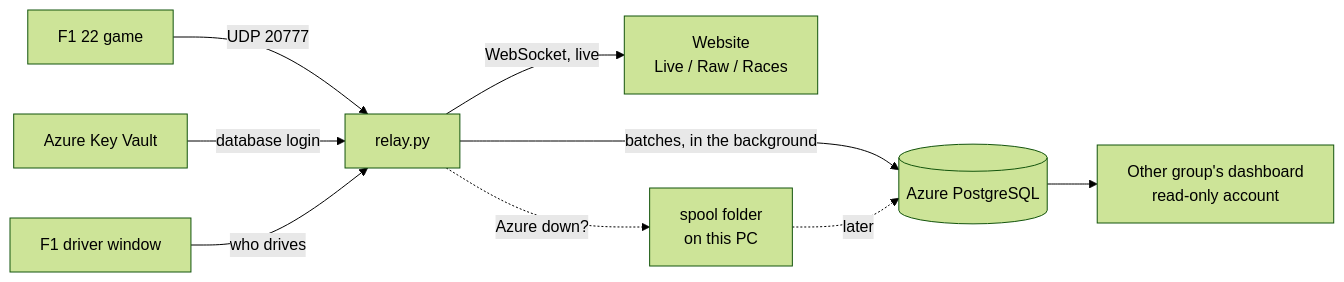
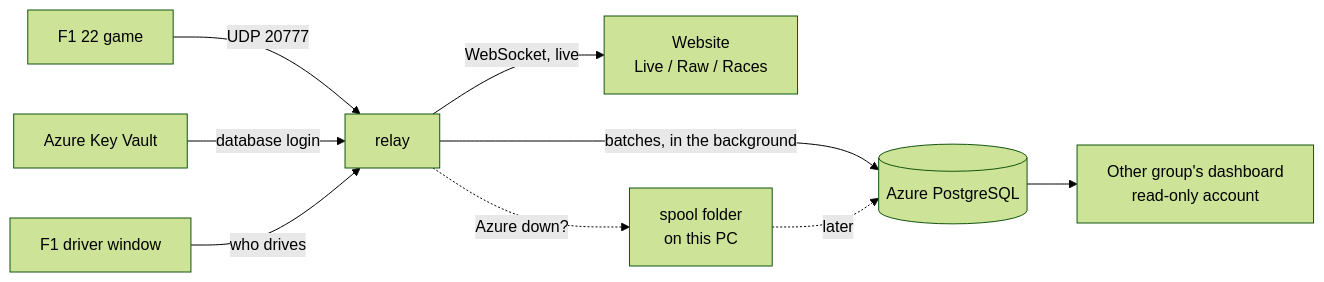
The diagram in README.md (PepijnIriks/f1-telemetry-relay), drawn with Mermaid (forest theme) before and after one commit. The commit also changed other lines of this file and 1 other file, not shown here.

````diff
--- a/README.md
+++ b/README.md
@@ -38,10 +42,10 @@
 ```mermaid
 flowchart LR
-    G[F1 22 game] -- UDP 20777 --> R[relay.py]
+    G[F1 22 game] -- UDP 20777 --> R[relay]
     R -- WebSocket, live --> W[Website<br/>Live / Raw / Races]
     R -- batches, in the background --> DB[(Azure PostgreSQL)]
     R -. Azure down? .-> S[spool folder<br/>on this PC] -. later .-> DB
     KV[Azure Key Vault] -- database login --> R
     D[F1 driver window] -- who drives --> R
     DB --> O[Other group's dashboard<br/>read-only account]
 ```
````
